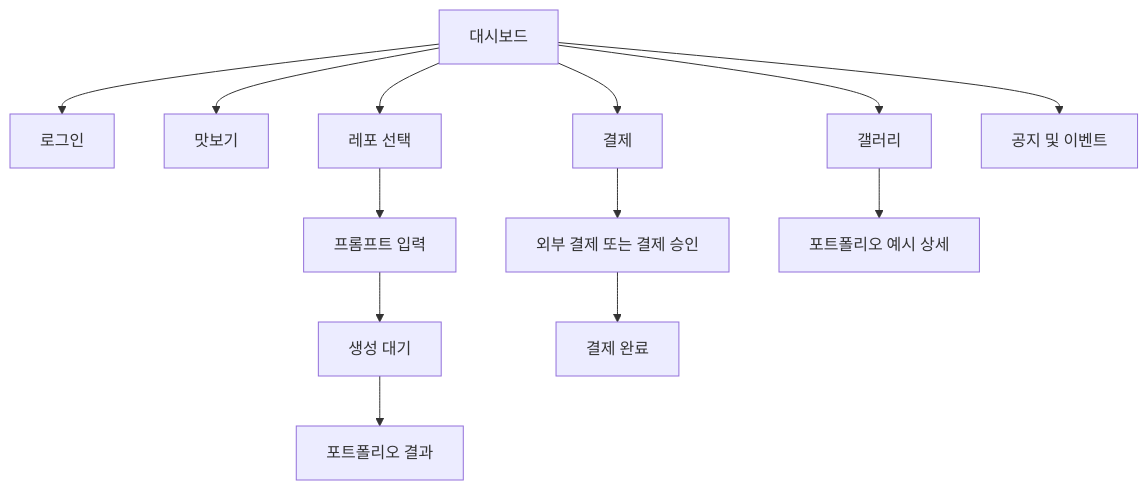
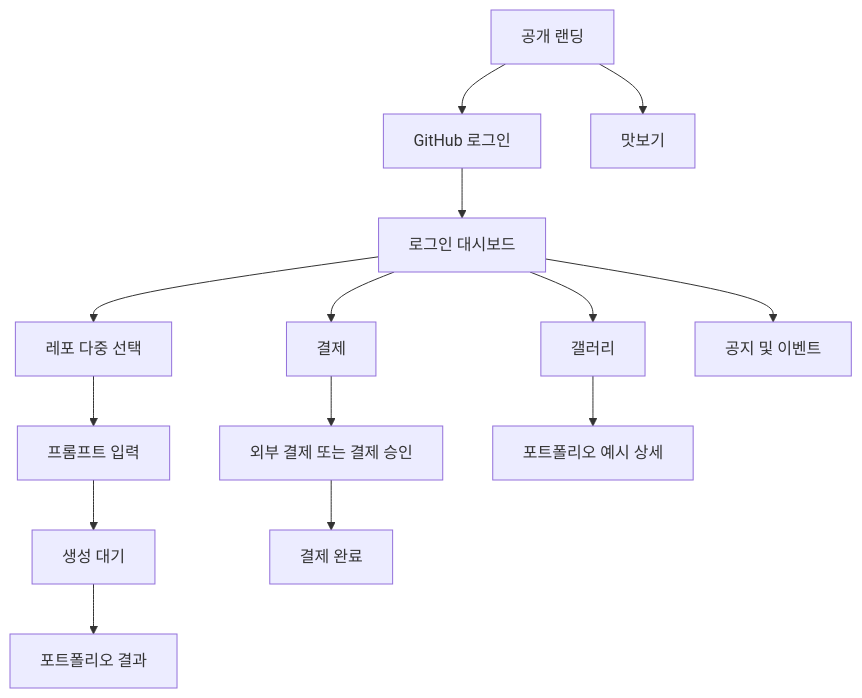
The first of 3 diagrams in architecture.md (codex-hackathon-12/team12), drawn with Mermaid before and after one commit. The commit also changed other lines of this file and 1 other file, not shown here.

````diff
--- a/architecture.md
+++ b/architecture.md
@@ -11,18 +12,19 @@
 ```mermaid
 flowchart TD
-    D["대시보드"] --> L["로그인"]
-    D --> T["맛보기"]
-    D --> R["레포 선택"]
+    L["공개 랜딩"] --> A["GitHub 로그인"]
+    L --> T["맛보기"]
+    A --> D["로그인 대시보드"]
+    D --> R["레포 다중 선택"]
     D --> B["결제"]
     D --> G["갤러리"]
     D --> N["공지 및 이벤트"]
 
     R --> P["프롬프트 입력"]
     P --> W["생성 대기"]
     W --> O["포트폴리오 결과"]
 
     B --> C["외부 결제 또는 결제 승인"]
     C --> BS["결제 완료"]
 
     G --> GD["포트폴리오 예시 상세"]
 ```
````
